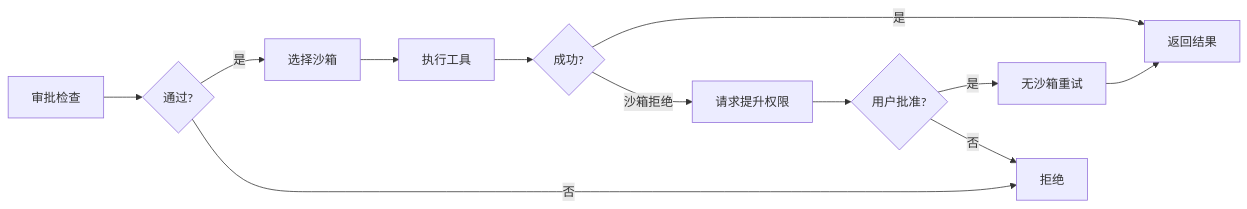
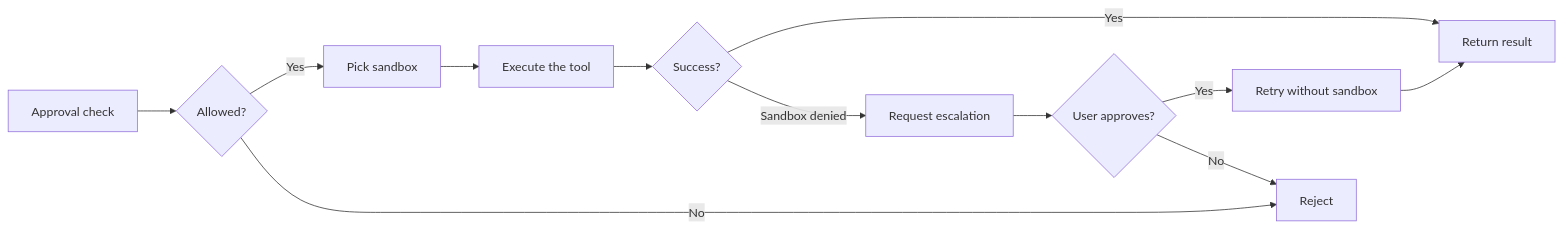
The second of 2 diagrams in wiki/04-tool-system.md (yibn2008/learn-codex), drawn with Mermaid before and after one commit. The commit also changed other lines of this file and 32 other files, not shown here.

````diff
--- a/wiki/04-tool-system.md
+++ b/wiki/04-tool-system.md
@@ -161,14 +163,14 @@
 ```mermaid
 graph LR
-    A[审批检查] --> B{通过?}
-    B -->|是| C[选择沙箱]
-    B -->|否| REJECT[拒绝]
-    C --> D[执行工具]
-    D --> E{成功?}
-    E -->|是| OK[返回结果]
-    E -->|沙箱拒绝| F[请求提升权限]
-    F --> G{用户批准?}
-    G -->|是| H[无沙箱重试]
-    G -->|否| REJECT
+    A[Approval check] --> B{Allowed?}
+    B -->|Yes| C[Pick sandbox]
+    B -->|No| REJECT[Reject]
+    C --> D[Execute the tool]
+    D --> E{Success?}
+    E -->|Yes| OK[Return result]
+    E -->|Sandbox denied| F[Request escalation]
+    F --> G{User approves?}
+    G -->|Yes| H[Retry without sandbox]
+    G -->|No| REJECT
     H --> OK
 ```
````
